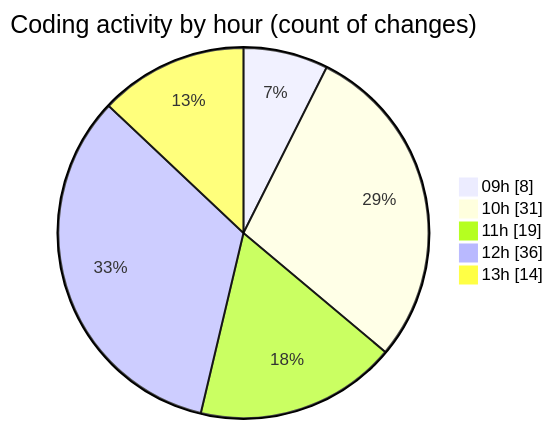
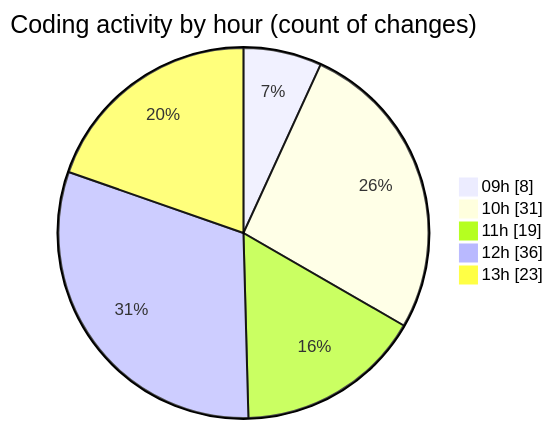
One commit to momahboobian/code-tracking changed the second of 2 diagrams in 2025-06-12/cda/README.md. Above: the diagram before and after it, drawn with Mermaid. The commit also changed other lines of this file and 1 other file, not shown here.

````diff
--- a/2025-06-12/cda/README.md
+++ b/2025-06-12/cda/README.md
@@ -31,9 +31,9 @@
 ```mermaid
 pie showData
 title Coding activity by hour (count of changes)
 "09h" : 8
 "10h" : 31
 "11h" : 19
 "12h" : 36
-"13h" : 14
+"13h" : 23
 ```
````
